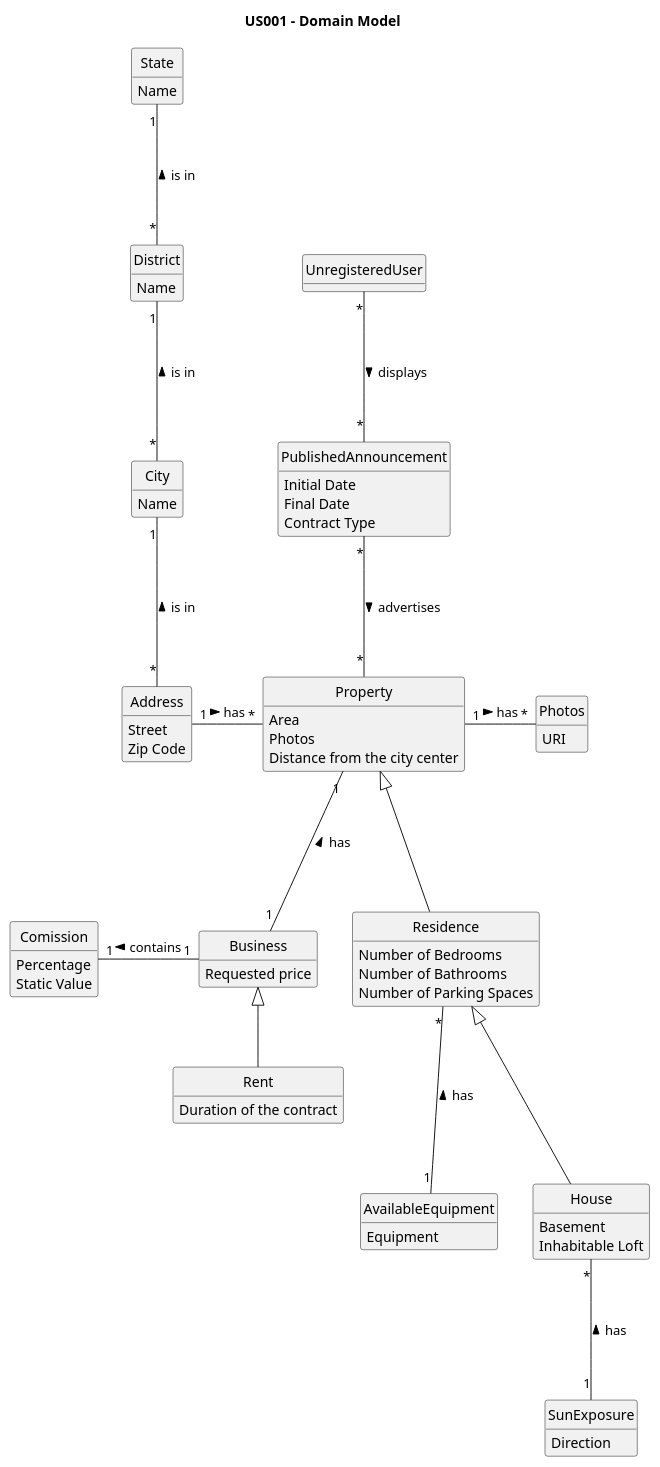
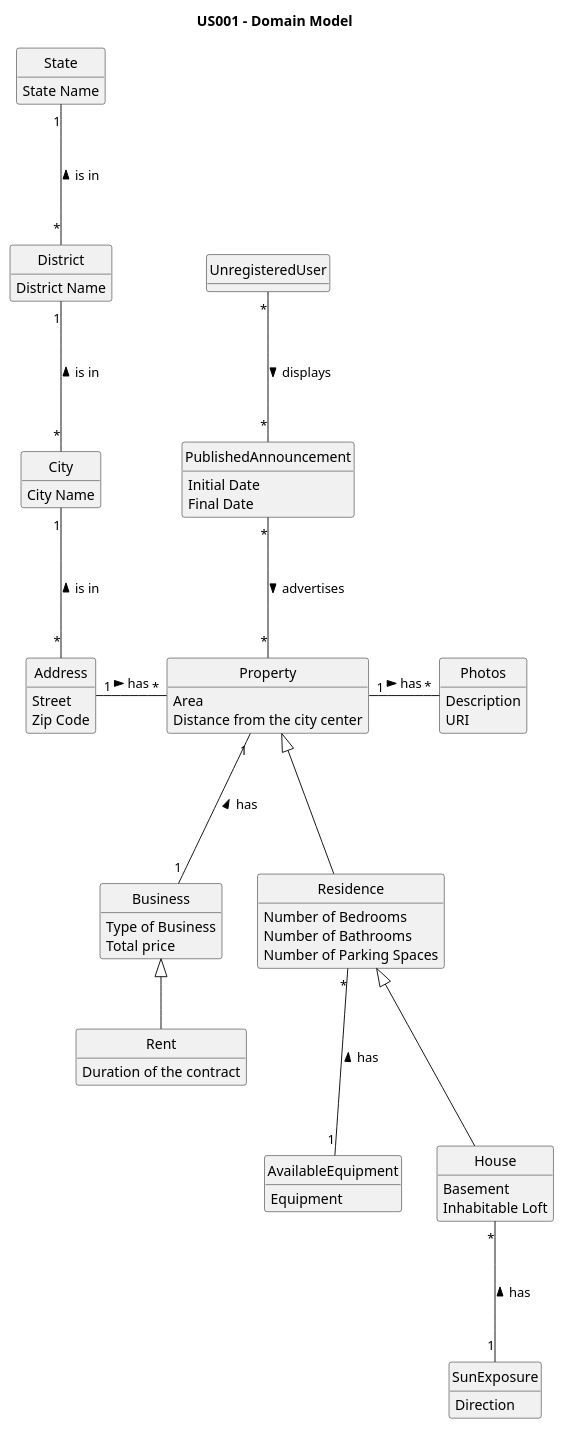
Before and after one commit to PureNimble/ISEP-LAPR2: the diagram in docs/sprintB/US01/02.analysis/puml/us01-domain-model.puml, drawn with PlantUML. The commit also changed 2 other files, not shown here.

```diff
--- a/docs/sprintB/US01/02.analysis/puml/us01-domain-model.puml
+++ b/docs/sprintB/US01/02.analysis/puml/us01-domain-model.puml
@@ -1,113 +1,119 @@
 @startuml
 
 title US001 - Domain Model
 
 skinparam groupInheritance 2
 skinparam monochrome true
 skinparam linetype polyline
 hide methods
 hide circle
 
 
 class Address {
 Street
 Zip Code
 }
 
 class AvailableEquipment {
 Equipment
 }
 
 
 class Business {
-Requested price
+Type of Business
+Total price
 }
 
 
 class City {
-Name
+City Name
 }
 
-class Comission {
-Percentage
+/'class Comission {
 Static Value
 }
+'/
+
+/'class ComissionPercentage {
+Percentage Value
+}
+'/
 
 
 class District {
-Name
+District Name
 }
 
 
 class House {
 Basement
 Inhabitable Loft
 }
 
 
 class Photos {
+Description
 URI
 }
 
 class Property {
 Area
-Photos
 Distance from the city center
 }
 
 class PublishedAnnouncement {
 Initial Date
 Final Date
-Contract Type
+
 }
 
 
 class Rent {
 Duration of the contract
 }
 
 
 class Residence {
 Number of Bedrooms
 Number of Bathrooms
 Number of Parking Spaces
 }
 
 
 class State {
-Name
+State Name
 }
 
 class SunExposure {
 Direction
 }
 
 
 class UnregisteredUser {
 }
 
 
 
 Business <|-- Rent
 
 City "1" --- "*" Address : is in <
-Comission "1" -right- "1" Business : contains <
+'Comission "1" -right- "1" Business : contains <
 
 District "1" --- "*" City : is in <
 
 House "*" --- "1" SunExposure : has <
 
 Property <|--- Residence
 Property "*" -left- "1" Address : has <
 Property "1" --- "1" Business : has <
 Property "1" -right- "*" Photos : has >
 PublishedAnnouncement "*" --- "*" Property: advertises >
 
 Residence "*" --- "1" AvailableEquipment : has <
 Residence <|--- House
 
 State "1" --- "*" District : is in <
 
 UnregisteredUser "*" --- "*" PublishedAnnouncement: displays >
 
 @enduml
```
